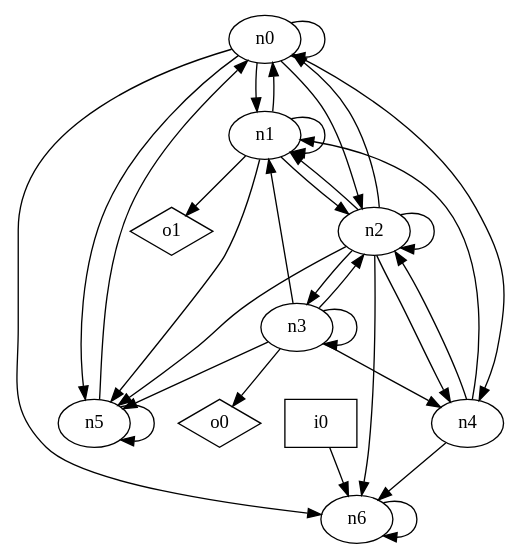
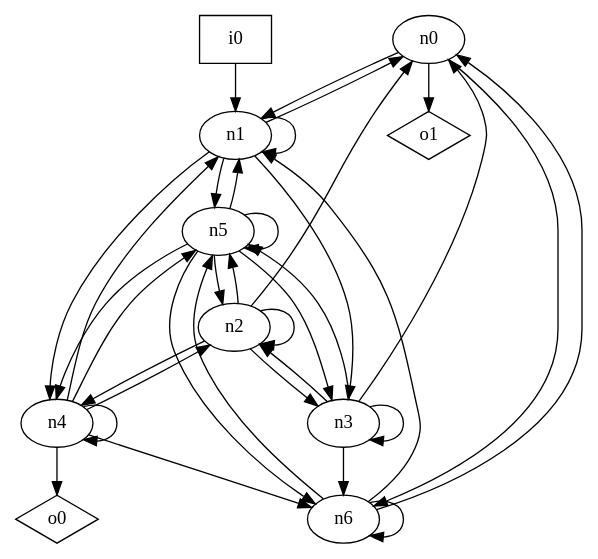
Before and after one commit to p9romain/bool-circuits: the diagram in dot_files/bool_circ/random.dot, drawn with Graphviz. The commit also changed 73 other files, not shown here.

```diff
--- a/dot_files/bool_circ/random.dot
+++ b/dot_files/bool_circ/random.dot
@@ -1,43 +1,47 @@
 digraph G {
 n0 [label="n0"];
 n1 [label="n1"];
 n2 [label="n2"];
 n3 [label="n3"];
 n4 [label="n4"];
 n5 [label="n5"];
 n6 [label="n6"];
 n7 [label="i0",shape="box"];
 n8 [label="o0",shape="diamond"];
 n9 [label="o1",shape="diamond"];
-n0 -> n0
 n0 -> n1
-n0 -> n2
-n0 -> n4
-n0 -> n5
 n0 -> n6
+n0 -> n9
 n1 -> n0
 n1 -> n1
-n1 -> n2
+n1 -> n3
+n1 -> n4
 n1 -> n5
-n1 -> n9
 n2 -> n0
-n2 -> n1
 n2 -> n2
 n2 -> n3
 n2 -> n4
 n2 -> n5
-n2 -> n6
-n3 -> n1
+n3 -> n0
 n3 -> n2
 n3 -> n3
-n3 -> n4
 n3 -> n5
-n3 -> n8
+n3 -> n6
 n4 -> n1
 n4 -> n2
+n4 -> n4
+n4 -> n5
 n4 -> n6
-n5 -> n0
+n4 -> n8
+n5 -> n1
+n5 -> n2
+n5 -> n3
+n5 -> n4
 n5 -> n5
+n5 -> n6
+n6 -> n0
+n6 -> n1
+n6 -> n5
 n6 -> n6
-n7 -> n6
+n7 -> n1
 }
```
